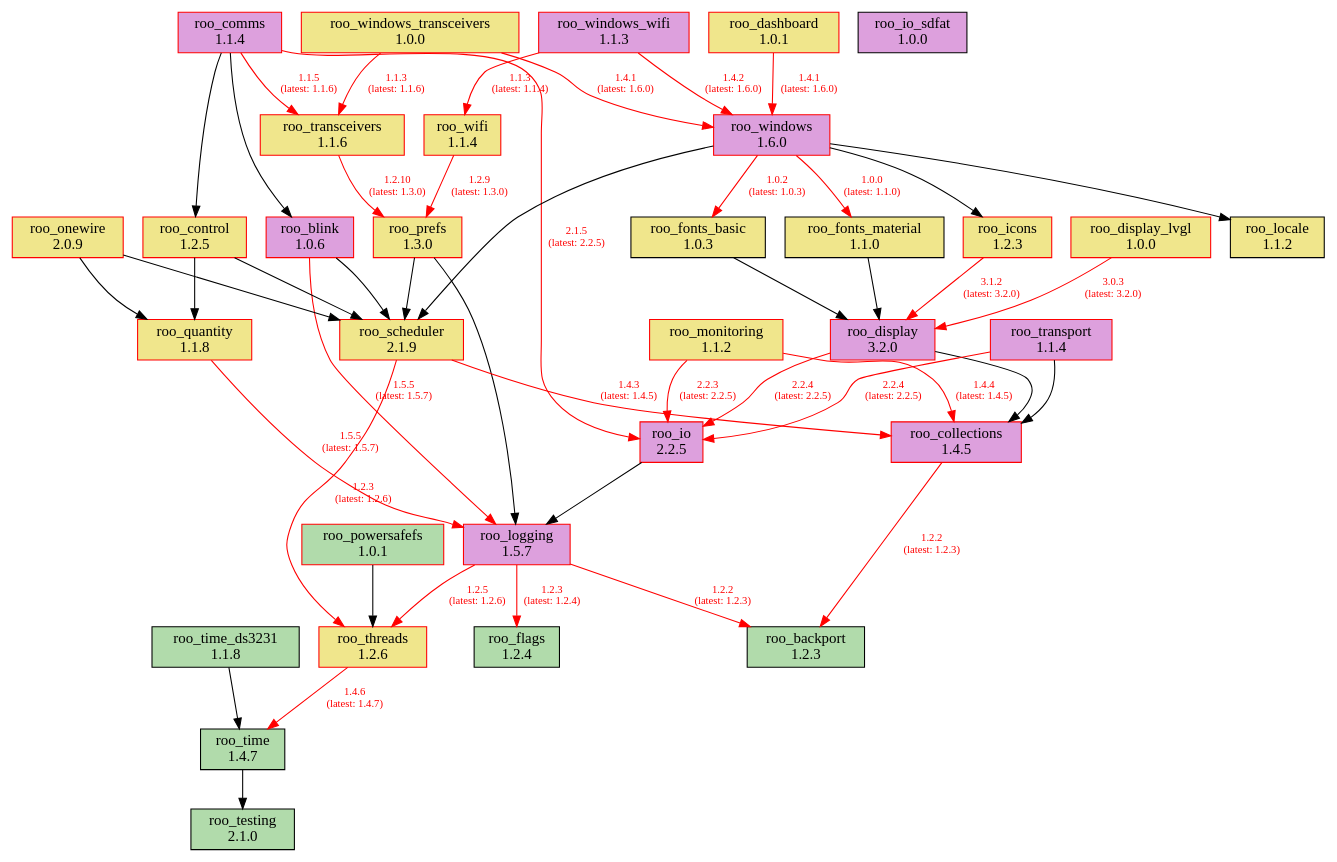
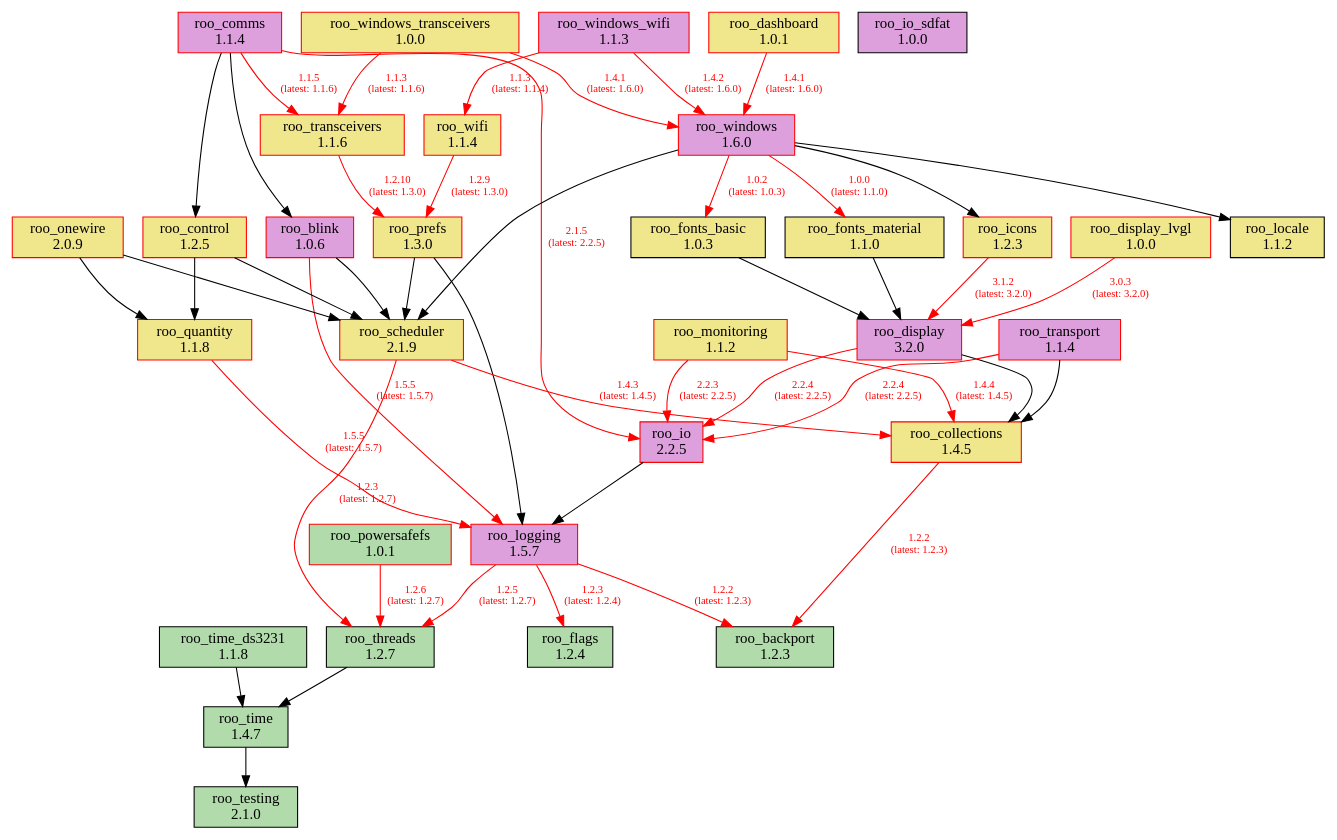
The diagram in doc/dependencies.dot (dejwk/roo-registry), drawn with Graphviz before and after one commit. The commit also changed 3 other files, not shown here.

Commit message:
Added roo_threads 1.2.7 to the registry.

```diff
--- a/doc/dependencies.dot
+++ b/doc/dependencies.dot
@@ -1,87 +1,87 @@
 digraph dependencies {
     rankdir=TB;
     node [shape=box, style=filled];
     edge [fontsize=10];
 
     // Modules
     "roo_backport" [label="roo_backport\n1.2.3", fillcolor="#b1dbab", color="black"];
     "roo_blink" [label="roo_blink\n1.0.6", fillcolor="plum", color="red"];
-    "roo_collections" [label="roo_collections\n1.4.5", fillcolor="plum", color="red"];
+    "roo_collections" [label="roo_collections\n1.4.5", fillcolor="khaki", color="red"];
     "roo_comms" [label="roo_comms\n1.1.4", fillcolor="plum", color="red"];
     "roo_control" [label="roo_control\n1.2.5", fillcolor="khaki", color="red"];
     "roo_dashboard" [label="roo_dashboard\n1.0.1", fillcolor="khaki", color="red"];
     "roo_display" [label="roo_display\n3.2.0", fillcolor="plum", color="red"];
     "roo_display_lvgl" [label="roo_display_lvgl\n1.0.0", fillcolor="khaki", color="red"];
     "roo_flags" [label="roo_flags\n1.2.4", fillcolor="#b1dbab", color="black"];
     "roo_fonts_basic" [label="roo_fonts_basic\n1.0.3", fillcolor="khaki", color="black"];
     "roo_fonts_material" [label="roo_fonts_material\n1.1.0", fillcolor="khaki", color="black"];
     "roo_icons" [label="roo_icons\n1.2.3", fillcolor="khaki", color="red"];
     "roo_io" [label="roo_io\n2.2.5", fillcolor="plum", color="red"];
     "roo_io_sdfat" [label="roo_io_sdfat\n1.0.0", fillcolor="plum", color="black"];
     "roo_locale" [label="roo_locale\n1.1.2", fillcolor="khaki", color="black"];
     "roo_logging" [label="roo_logging\n1.5.7", fillcolor="plum", color="red"];
     "roo_monitoring" [label="roo_monitoring\n1.1.2", fillcolor="khaki", color="red"];
     "roo_onewire" [label="roo_onewire\n2.0.9", fillcolor="khaki", color="red"];
     "roo_powersafefs" [label="roo_powersafefs\n1.0.1", fillcolor="#b1dbab", color="red"];
     "roo_prefs" [label="roo_prefs\n1.3.0", fillcolor="khaki", color="red"];
     "roo_quantity" [label="roo_quantity\n1.1.8", fillcolor="khaki", color="red"];
     "roo_scheduler" [label="roo_scheduler\n2.1.9", fillcolor="khaki", color="red"];
     "roo_testing" [label="roo_testing\n2.1.0", fillcolor="#b1dbab", color="black"];
-    "roo_threads" [label="roo_threads\n1.2.6", fillcolor="khaki", color="red"];
+    "roo_threads" [label="roo_threads\n1.2.7", fillcolor="#b1dbab", color="black"];
     "roo_time" [label="roo_time\n1.4.7", fillcolor="#b1dbab", color="black"];
     "roo_time_ds3231" [label="roo_time_ds3231\n1.1.8", fillcolor="#b1dbab", color="black"];
     "roo_transceivers" [label="roo_transceivers\n1.1.6", fillcolor="khaki", color="red"];
     "roo_transport" [label="roo_transport\n1.1.4", fillcolor="plum", color="red"];
     "roo_wifi" [label="roo_wifi\n1.1.4", fillcolor="khaki", color="red"];
     "roo_windows" [label="roo_windows\n1.6.0", fillcolor="plum", color="red"];
     "roo_windows_transceivers" [label="roo_windows_transceivers\n1.0.0", fillcolor="khaki", color="red"];
     "roo_windows_wifi" [label="roo_windows_wifi\n1.1.3", fillcolor="plum", color="red"];
 
     // Dependencies
     "roo_blink" -> "roo_logging" [color=red, fontcolor=red, label="1.5.5\n(latest: 1.5.7)"];
     "roo_blink" -> "roo_scheduler";
     "roo_collections" -> "roo_backport" [color=red, fontcolor=red, label="1.2.2\n(latest: 1.2.3)"];
     "roo_comms" -> "roo_blink";
     "roo_comms" -> "roo_control";
     "roo_comms" -> "roo_io" [color=red, fontcolor=red, label="2.1.5\n(latest: 2.2.5)"];
     "roo_comms" -> "roo_transceivers" [color=red, fontcolor=red, label="1.1.5\n(latest: 1.1.6)"];
     "roo_control" -> "roo_quantity";
     "roo_control" -> "roo_scheduler";
     "roo_dashboard" -> "roo_windows" [color=red, fontcolor=red, label="1.4.1\n(latest: 1.6.0)"];
     "roo_display" -> "roo_collections";
     "roo_display" -> "roo_io" [color=red, fontcolor=red, label="2.2.4\n(latest: 2.2.5)"];
     "roo_display_lvgl" -> "roo_display" [color=red, fontcolor=red, label="3.0.3\n(latest: 3.2.0)"];
     "roo_fonts_basic" -> "roo_display";
     "roo_fonts_material" -> "roo_display";
     "roo_icons" -> "roo_display" [color=red, fontcolor=red, label="3.1.2\n(latest: 3.2.0)"];
     "roo_io" -> "roo_logging";
     "roo_logging" -> "roo_backport" [color=red, fontcolor=red, label="1.2.2\n(latest: 1.2.3)"];
     "roo_logging" -> "roo_flags" [color=red, fontcolor=red, label="1.2.3\n(latest: 1.2.4)"];
-    "roo_logging" -> "roo_threads" [color=red, fontcolor=red, label="1.2.5\n(latest: 1.2.6)"];
+    "roo_logging" -> "roo_threads" [color=red, fontcolor=red, label="1.2.5\n(latest: 1.2.7)"];
     "roo_monitoring" -> "roo_collections" [color=red, fontcolor=red, label="1.4.4\n(latest: 1.4.5)"];
     "roo_monitoring" -> "roo_io" [color=red, fontcolor=red, label="2.2.3\n(latest: 2.2.5)"];
     "roo_onewire" -> "roo_scheduler";
     "roo_onewire" -> "roo_quantity";
-    "roo_powersafefs" -> "roo_threads";
+    "roo_powersafefs" -> "roo_threads" [color=red, fontcolor=red, label="1.2.6\n(latest: 1.2.7)"];
     "roo_prefs" -> "roo_logging";
     "roo_prefs" -> "roo_scheduler";
     "roo_quantity" -> "roo_logging" [color=red, fontcolor=red, label="1.5.5\n(latest: 1.5.7)"];
     "roo_scheduler" -> "roo_collections" [color=red, fontcolor=red, label="1.4.3\n(latest: 1.4.5)"];
-    "roo_scheduler" -> "roo_threads" [color=red, fontcolor=red, label="1.2.3\n(latest: 1.2.6)"];
-    "roo_threads" -> "roo_time" [color=red, fontcolor=red, label="1.4.6\n(latest: 1.4.7)"];
+    "roo_scheduler" -> "roo_threads" [color=red, fontcolor=red, label="1.2.3\n(latest: 1.2.7)"];
+    "roo_threads" -> "roo_time";
     "roo_time" -> "roo_testing";
     "roo_time_ds3231" -> "roo_time";
     "roo_transceivers" -> "roo_prefs" [color=red, fontcolor=red, label="1.2.10\n(latest: 1.3.0)"];
     "roo_transport" -> "roo_collections";
     "roo_transport" -> "roo_io" [color=red, fontcolor=red, label="2.2.4\n(latest: 2.2.5)"];
     "roo_wifi" -> "roo_prefs" [color=red, fontcolor=red, label="1.2.9\n(latest: 1.3.0)"];
     "roo_windows" -> "roo_fonts_basic" [color=red, fontcolor=red, label="1.0.2\n(latest: 1.0.3)"];
     "roo_windows" -> "roo_fonts_material" [color=red, fontcolor=red, label="1.0.0\n(latest: 1.1.0)"];
     "roo_windows" -> "roo_locale";
     "roo_windows" -> "roo_icons";
     "roo_windows" -> "roo_scheduler";
     "roo_windows_transceivers" -> "roo_transceivers" [color=red, fontcolor=red, label="1.1.3\n(latest: 1.1.6)"];
     "roo_windows_transceivers" -> "roo_windows" [color=red, fontcolor=red, label="1.4.1\n(latest: 1.6.0)"];
     "roo_windows_wifi" -> "roo_wifi" [color=red, fontcolor=red, label="1.1.3\n(latest: 1.1.4)"];
     "roo_windows_wifi" -> "roo_windows" [color=red, fontcolor=red, label="1.4.2\n(latest: 1.6.0)"];
 }
```
